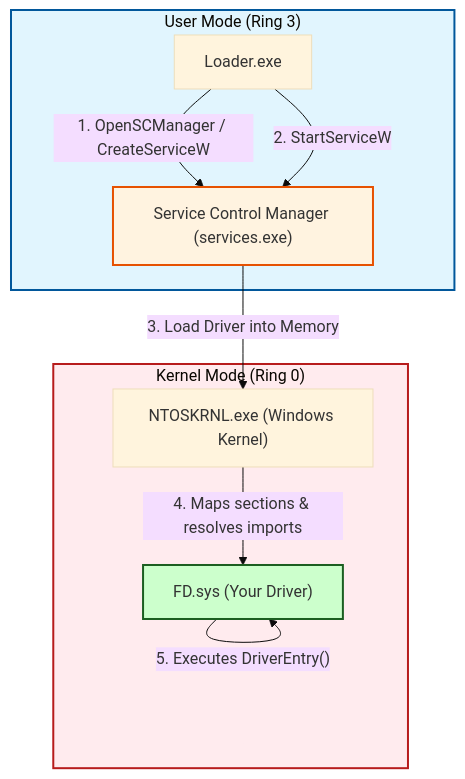
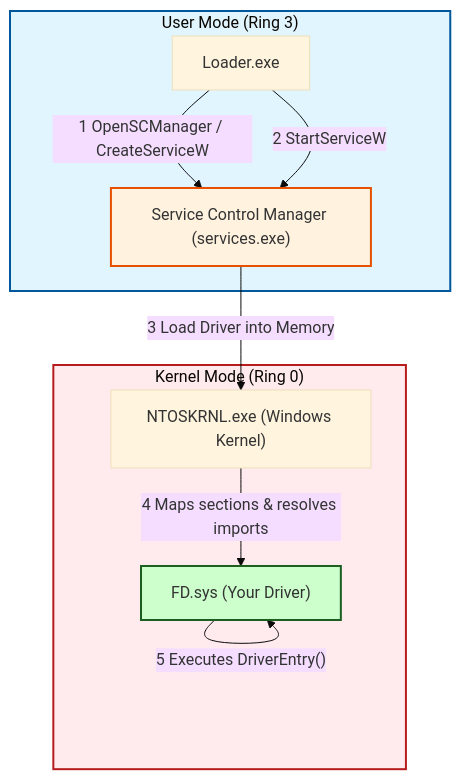
The diagram in content/Internals/Microsoft Windows/RING 0/First Driver.md (adolfcna/ATTvDEF), drawn with Mermaid (base theme) before and after one commit.

Commit message:
vault backup: 2026-10-06 22:08:12

````diff
--- a/content/Internals/Microsoft Windows/RING 0/First Driver.md
+++ b/content/Internals/Microsoft Windows/RING 0/First Driver.md
@@ -212,21 +212,21 @@
 ```mermaid
 flowchart TD
     subgraph UserMode ["User Mode (Ring 3)"]
-        Loader["Loader.exe"] -->|"1. OpenSCManager / CreateServiceW"| SCM["Service Control Manager (services.exe)"]
+        Loader["Loader.exe"] -->|"1 OpenSCManager / CreateServiceW"| SCM["Service Control Manager (services.exe)"]
     end
 
     subgraph KernelMode ["Kernel Mode (Ring 0)"]
         NTOS["NTOSKRNL.exe (Windows Kernel)"]
         Driver["FD.sys (Your Driver)"]
     end
 
-    Loader -->|"2. StartServiceW"| SCM
-    SCM -->|"3. Load Driver into Memory"| NTOS
-    NTOS -->|"4. Maps sections & resolves imports"| Driver
-    Driver -->|"5. Executes DriverEntry()"| Driver
+    Loader -->|"2 StartServiceW"| SCM
+    SCM -->|"3 Load Driver into Memory"| NTOS
+    NTOS -->|"4 Maps sections & resolves imports"| Driver
+    Driver -->|"5 Executes DriverEntry()"| Driver
     
     style UserMode fill:#e1f5fe,stroke:#01579b,stroke-width:2px
     style KernelMode fill:#ffebee,stroke:#b71c1c,stroke-width:2px
     style SCM fill:#fff3e0,stroke:#e65100,stroke-width:2px
     style Driver fill:#ccffcc,stroke:#1b5e20,stroke-width:2px
 ```
````
